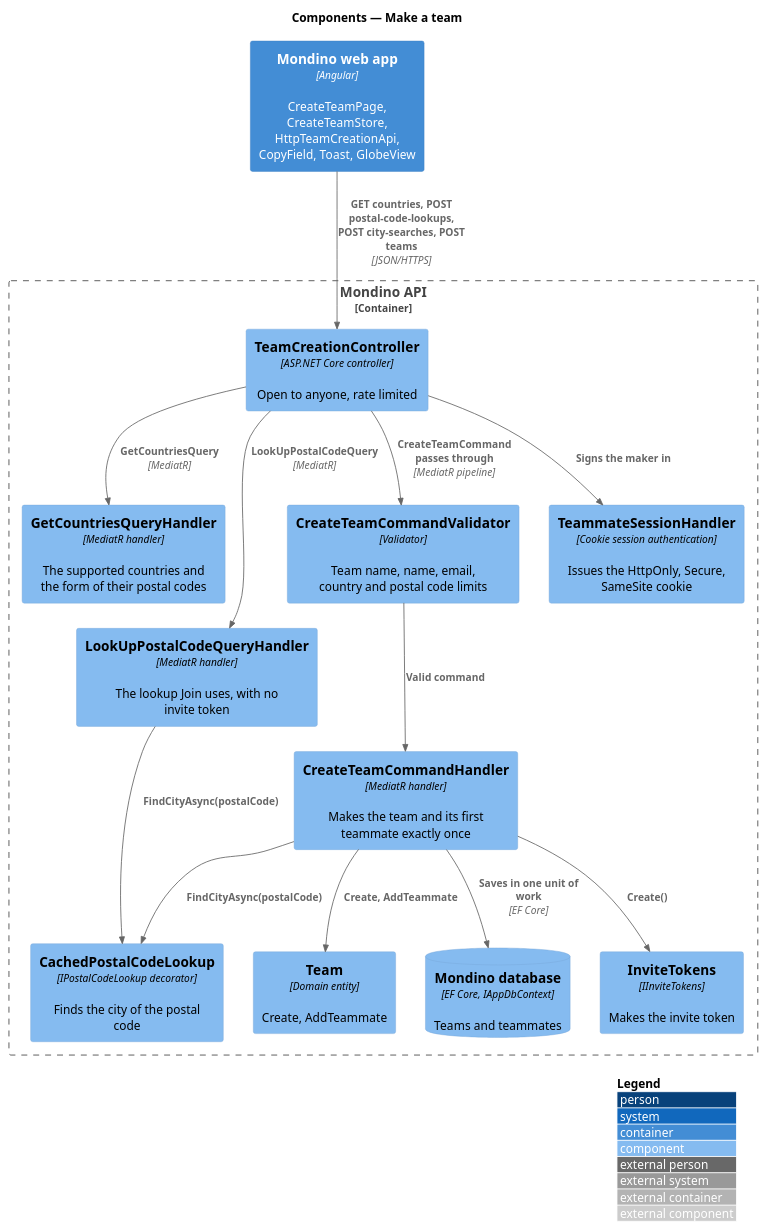
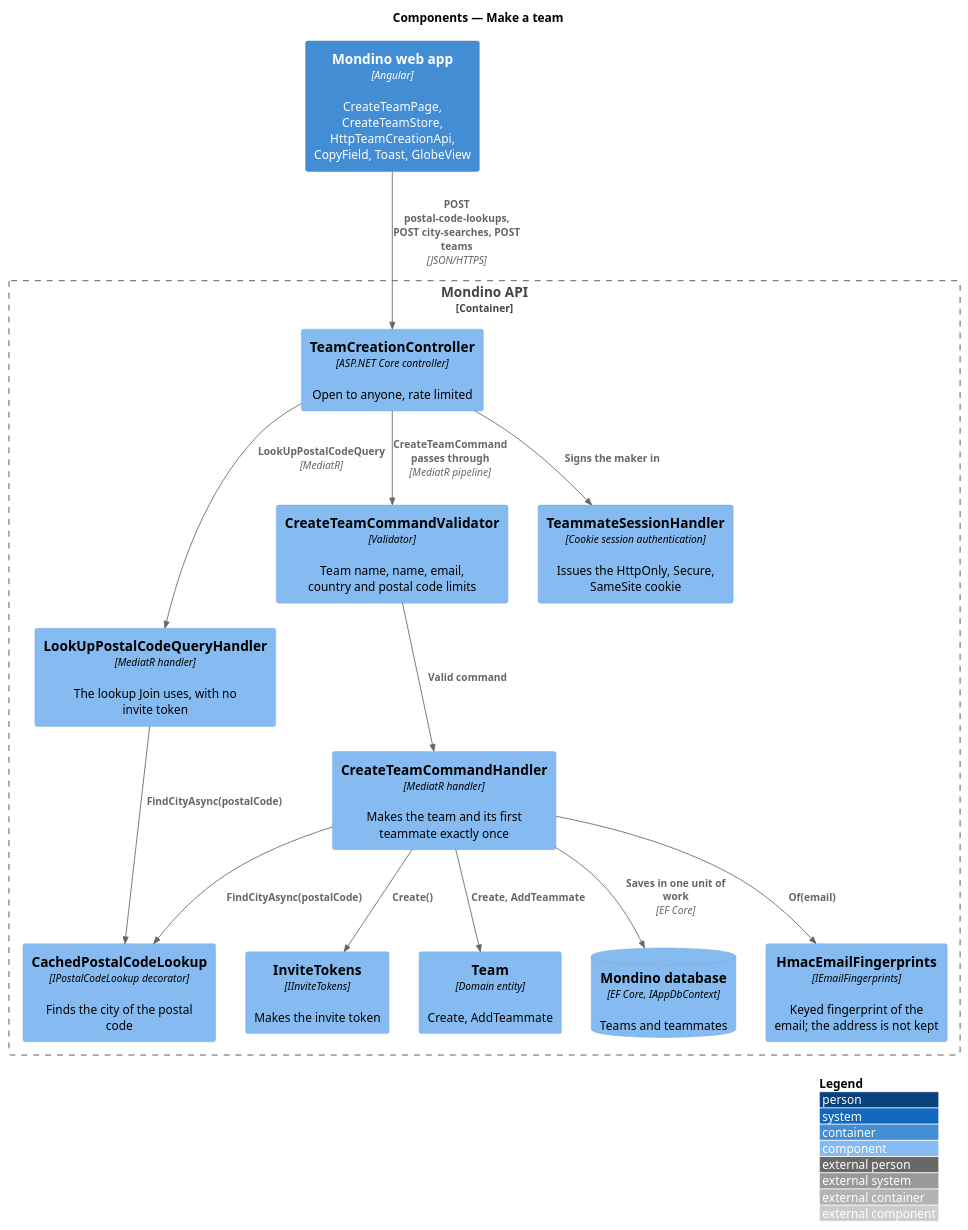
One commit to QuinntyneBrown/Mondino changed the diagram in docs/detailed-designs/joining/make-team/diagrams/c4-component.puml. Above: the diagram before and after it, drawn with PlantUML. The commit also changed 31 other files, not shown here.

Commit message:
Draw Create Team's lookup states, keep only a fingerprint of the email and settle making a team's open points

```diff
--- a/docs/detailed-designs/joining/make-team/diagrams/c4-component.puml
+++ b/docs/detailed-designs/joining/make-team/diagrams/c4-component.puml
@@ -1,30 +1,30 @@
 @startuml
 !include <C4/C4_Component>
 LAYOUT_WITH_LEGEND()
 title Components — Make a team
 
 Container(web, "Mondino web app", "Angular", "CreateTeamPage, CreateTeamStore, HttpTeamCreationApi, CopyField, Toast, GlobeView")
 Container_Boundary(api, "Mondino API") {
   Component(ctrl, "TeamCreationController", "ASP.NET Core controller", "Open to anyone, rate limited")
-  Component(countries, "GetCountriesQueryHandler", "MediatR handler", "The supported countries and the form of their postal codes")
   Component(lookupq, "LookUpPostalCodeQueryHandler", "MediatR handler", "The lookup Join uses, with no invite token")
   Component(validator, "CreateTeamCommandValidator", "Validator", "Team name, name, email, country and postal code limits")
+  Component(fingerprints, "HmacEmailFingerprints", "IEmailFingerprints", "Keyed fingerprint of the email; the address is not kept")
   Component(handler, "CreateTeamCommandHandler", "MediatR handler", "Makes the team and its first teammate exactly once")
   Component(tokens, "InviteTokens", "IInviteTokens", "Makes the invite token")
   Component(lookup, "CachedPostalCodeLookup", "IPostalCodeLookup decorator", "Finds the city of the postal code")
   Component(team, "Team", "Domain entity", "Create, AddTeammate")
   Component(session, "TeammateSessionHandler", "Cookie session authentication", "Issues the HttpOnly, Secure, SameSite cookie")
   ComponentDb(db, "Mondino database", "EF Core, IAppDbContext", "Teams and teammates")
 }
-Rel(web, ctrl, "GET countries, POST postal-code-lookups, POST city-searches, POST teams", "JSON/HTTPS")
-Rel(ctrl, countries, "GetCountriesQuery", "MediatR")
+Rel(web, ctrl, "POST postal-code-lookups, POST city-searches, POST teams", "JSON/HTTPS")
 Rel(ctrl, lookupq, "LookUpPostalCodeQuery", "MediatR")
 Rel(ctrl, validator, "CreateTeamCommand passes through", "MediatR pipeline")
 Rel(validator, handler, "Valid command")
 Rel(lookupq, lookup, "FindCityAsync(postalCode)")
 Rel(handler, lookup, "FindCityAsync(postalCode)")
 Rel(handler, tokens, "Create()")
+Rel(handler, fingerprints, "Of(email)")
 Rel(handler, team, "Create, AddTeammate")
 Rel(handler, db, "Saves in one unit of work", "EF Core")
 Rel(ctrl, session, "Signs the maker in")
 @enduml
```
